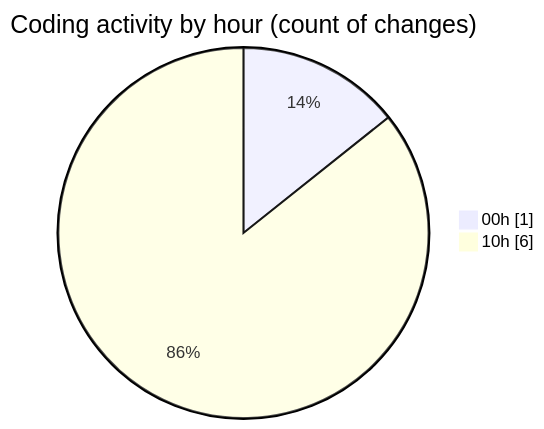
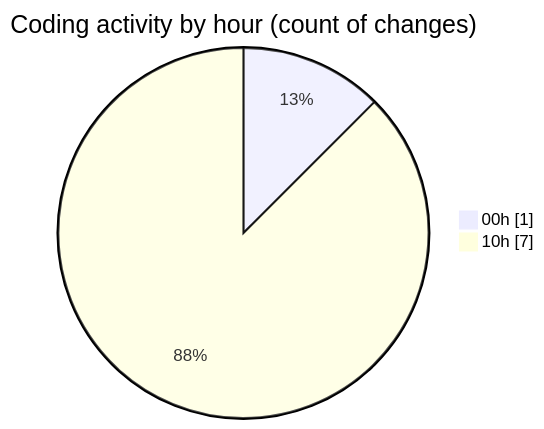
Before and after one commit to Ritupan-Deka/code-tracking: the second of 2 diagrams in 2025-07-08/urlwebwala_intership_work/README.md, drawn with Mermaid. The commit also changed other lines of this file and 1 other file, not shown here.

````diff
--- a/2025-07-08/urlwebwala_intership_work/README.md
+++ b/2025-07-08/urlwebwala_intership_work/README.md
@@ -30,6 +30,6 @@
 ```mermaid
 pie showData
 title Coding activity by hour (count of changes)
 "00h" : 1
-"10h" : 6
+"10h" : 7
 ```
````
